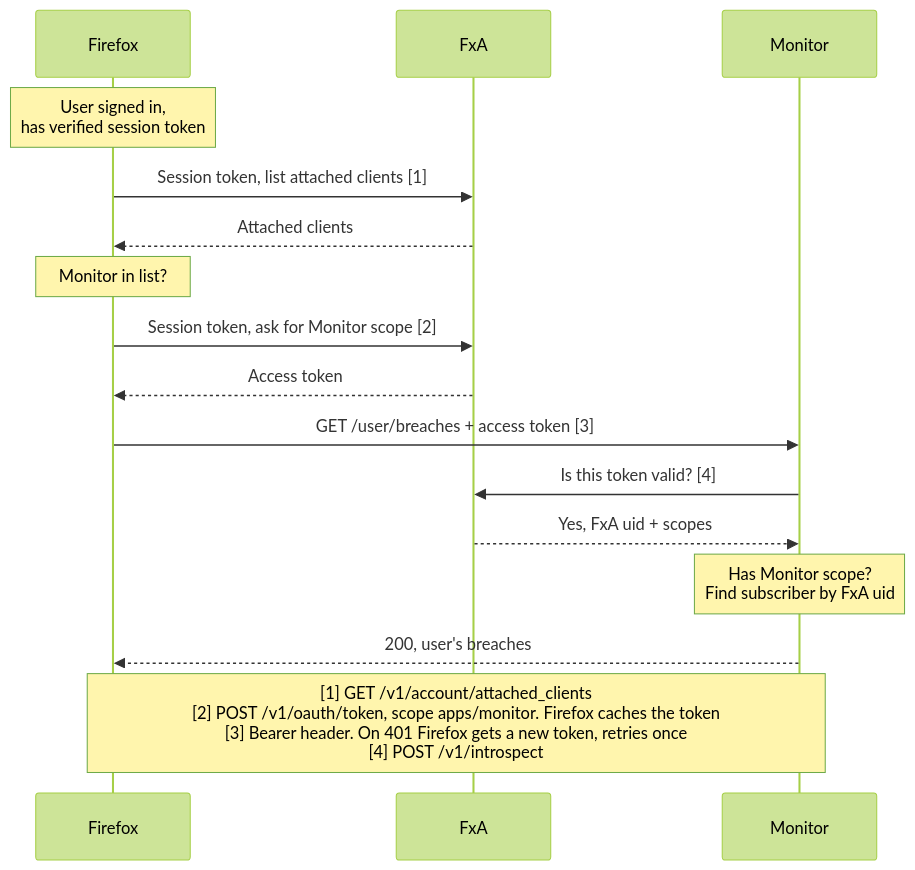
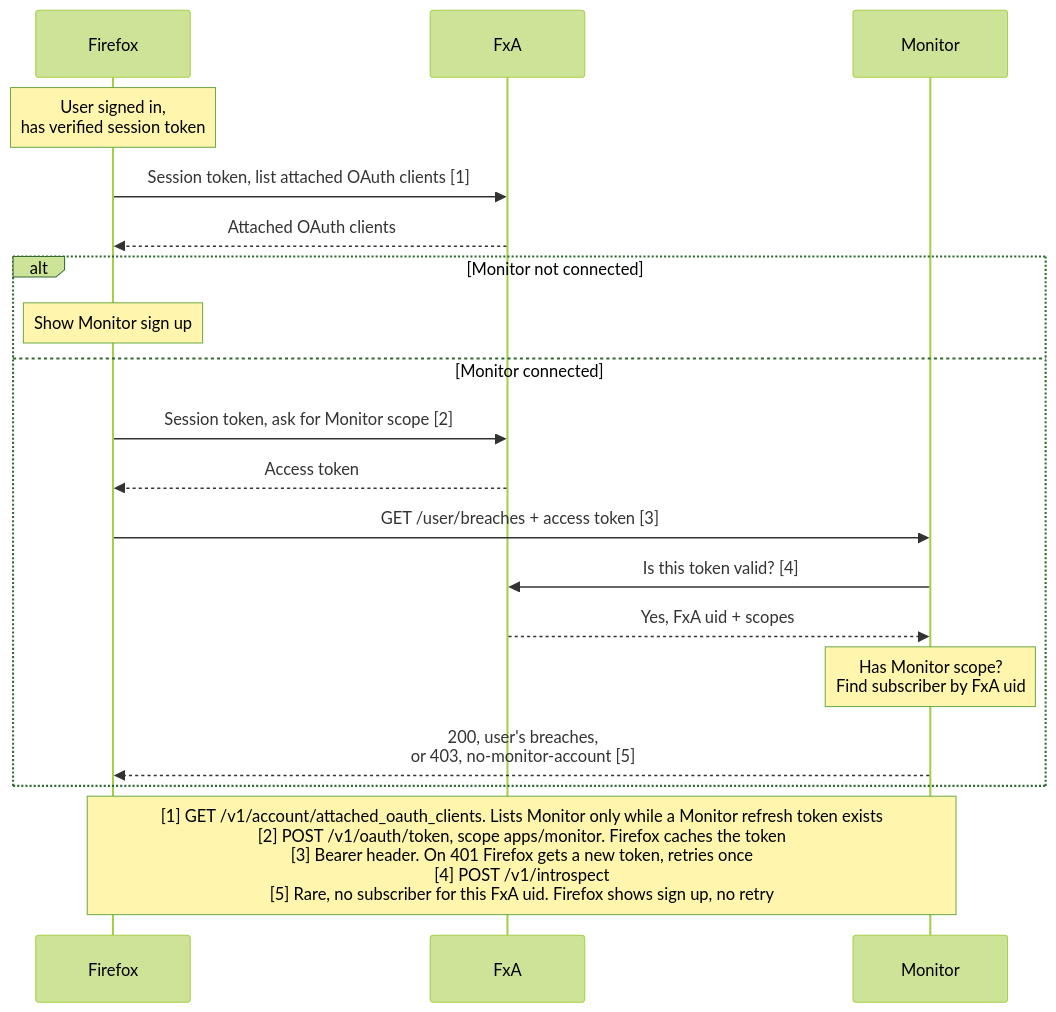
Before and after one commit to mozilla/blurts-server: the first of 2 diagrams in docs/architecture/flows/firefox-api-auth.md, drawn with Mermaid (forest theme). The commit also changed other lines of this file, not shown here.

First line of the commit message:
docs(fx-api): merge signed-in legacy flows into one diagram

````diff
--- a/docs/architecture/flows/firefox-api-auth.md
+++ b/docs/architecture/flows/firefox-api-auth.md
@@ -33,20 +37,23 @@
 ```mermaid
 sequenceDiagram
     participant FE as Firefox
     participant FxA
     participant BE as Monitor
 
     Note over FE: User signed in,<br/>has verified session token
-    FE->>FxA: Session token, list attached clients [1]
-    FxA-->>FE: Attached clients
-    Note over FE: Monitor in list?
-    FE->>FxA: Session token, ask for Monitor scope [2]
-    FxA-->>FE: Access token
-    FE->>BE: GET /user/breaches + access token [3]
-    BE->>FxA: Is this token valid? [4]
-    FxA-->>BE: Yes, FxA uid + scopes
-    Note over BE: Has Monitor scope?<br/>Find subscriber by FxA uid
-    BE-->>FE: 200, user's breaches
+    FE->>FxA: Session token, list attached OAuth clients [1]
+    FxA-->>FE: Attached OAuth clients
+    alt Monitor not connected
+        Note over FE: Show Monitor sign up
+    else Monitor connected
+        FE->>FxA: Session token, ask for Monitor scope [2]
+        FxA-->>FE: Access token
+        FE->>BE: GET /user/breaches + access token [3]
+        BE->>FxA: Is this token valid? [4]
+        FxA-->>BE: Yes, FxA uid + scopes
+        Note over BE: Has Monitor scope?<br/>Find subscriber by FxA uid
+        BE-->>FE: 200, user's breaches,<br/>or 403, no-monitor-account [5]
+    end
 
-    Note over FE,BE: [1] GET /v1/account/attached_clients<br/>[2] POST /v1/oauth/token, scope apps/monitor. Firefox caches the token<br/>[3] Bearer header. On 401 Firefox gets a new token, retries once<br/>[4] POST /v1/introspect
+    Note over FE,BE: [1] GET /v1/account/attached_oauth_clients. Lists Monitor only while a Monitor refresh token exists<br/>[2] POST /v1/oauth/token, scope apps/monitor. Firefox caches the token<br/>[3] Bearer header. On 401 Firefox gets a new token, retries once<br/>[4] POST /v1/introspect<br/>[5] Rare, no subscriber for this FxA uid. Firefox shows sign up, no retry
 ```
````
